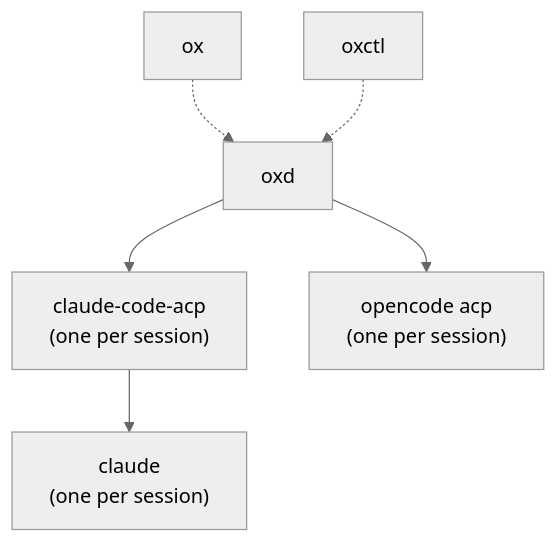
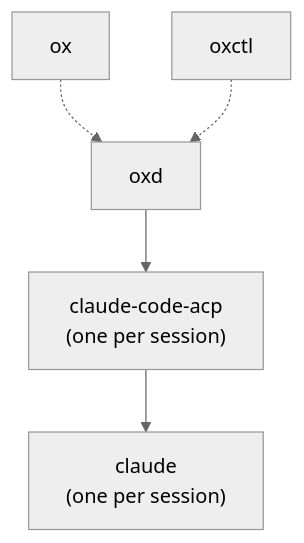
Before and after one commit to kkestell/ox: the diagram in docs/architecture.md, drawn with Mermaid (neutral theme). The commit also changed other lines of this file and 37 other files, not shown here.

````diff
--- a/docs/architecture.md
+++ b/docs/architecture.md
@@ -9,15 +9,13 @@
 ```mermaid
 flowchart TB
     ox["ox"]
     oxctl["oxctl"]
     oxd["oxd"]
     bridge["claude-code-acp<br/>(one per session)"]
-    opencode["opencode acp<br/>(one per session)"]
     claude["claude<br/>(one per session)"]
 
     ox -.-> oxd
     oxctl -.-> oxd
     oxd --> bridge
-    oxd --> opencode
     bridge --> claude
 ```
````
